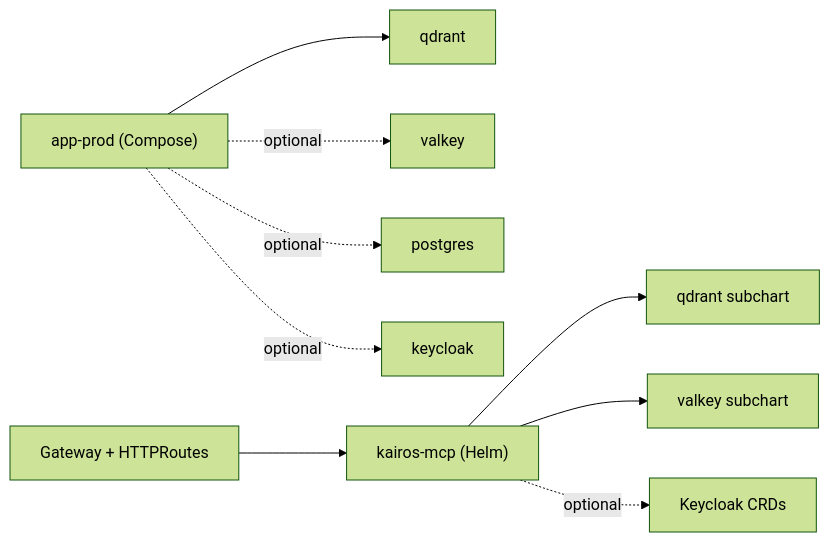
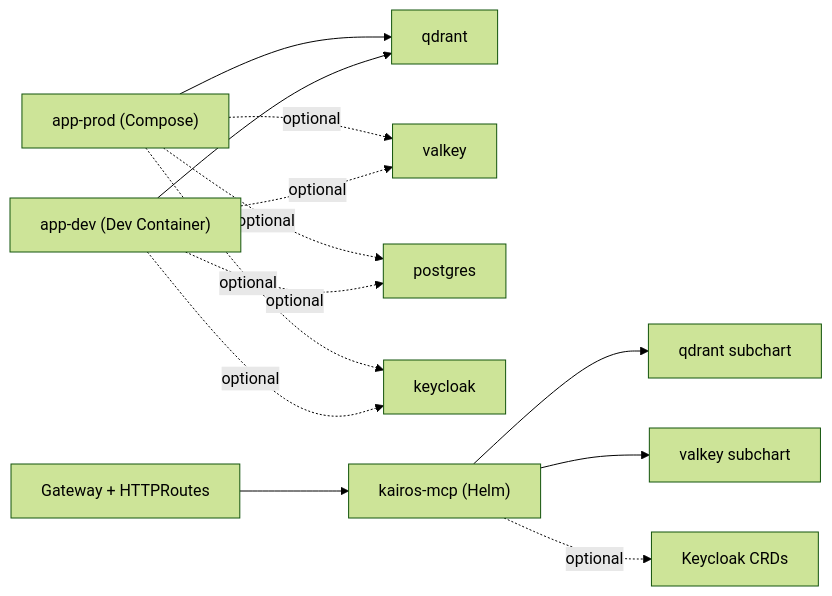
The seventh of 7 diagrams in .qoder/repowiki/en/content/Project Overview/Installation Options.md (debian777/kairos-mcp), drawn with Mermaid (forest theme) before and after one commit. The commit also changed other lines of this file and 16 other files, not shown here.

````diff
--- a/.qoder/repowiki/en/content/Project Overview/Installation Options.md
+++ b/.qoder/repowiki/en/content/Project Overview/Installation Options.md
@@ -270,11 +365,15 @@
 ```mermaid
 graph LR
 A["app-prod (Compose)"] --> B["qdrant"]
 A -. optional .-> C["valkey"]
 A -. optional .-> D["postgres"]
 A -. optional .-> E["keycloak"]
+F["app-dev (Dev Container)"] --> B
+F -. optional .-> C
+F -. optional .-> D
+F -. optional .-> E
 H["kairos-mcp (Helm)"] --> Q["qdrant subchart"]
 H --> V["valkey subchart"]
 H -. optional .-> K["Keycloak CRDs"]
 G["Gateway + HTTPRoutes"] --> H
 ```
````
